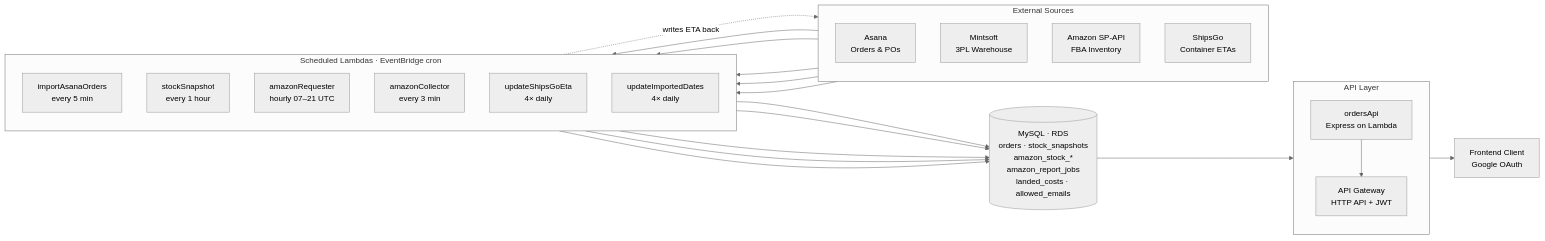
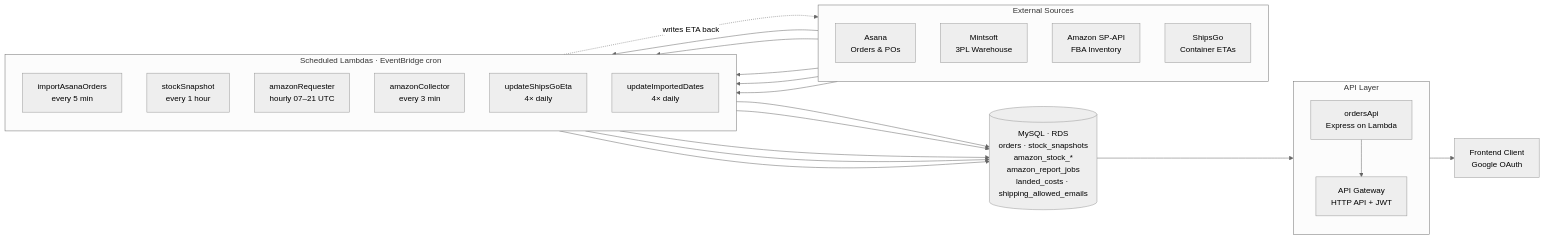
Before and after one commit to Built-form/shipping: the first of 4 diagrams in README.md, drawn with Mermaid (neutral theme). The commit also changed other lines of this file and 22 other files, not shown here.

````diff
--- a/README.md
+++ b/README.md
@@ -17,45 +17,45 @@
 ```mermaid
 flowchart LR
     subgraph sources["External Sources"]
         direction TB
         Asana[Asana<br/>Orders &amp; POs]
         Mint[Mintsoft<br/>3PL Warehouse]
         SPAPI[Amazon SP-API<br/>FBA Inventory]
         Ships[ShipsGo<br/>Container ETAs]
     end
 
     subgraph lambdas["Scheduled Lambdas · EventBridge cron"]
         direction TB
         L1[importAsanaOrders<br/>every 5 min]
         L2[stockSnapshot<br/>every 1 hour]
         L3[amazonRequester<br/>hourly 07–21 UTC]
         L4[amazonCollector<br/>every 3 min]
         L5[updateShipsGoEta<br/>4× daily]
         L6[updateImportedDates<br/>4× daily]
     end
 
-    DB[("MySQL · RDS<br/>orders · stock_snapshots<br/>amazon_stock_*<br/>amazon_report_jobs<br/>landed_costs · allowed_emails")]
+    DB[("MySQL · RDS<br/>orders · stock_snapshots<br/>amazon_stock_*<br/>amazon_report_jobs<br/>landed_costs · shipping_allowed_emails")]
 
     subgraph api["API Layer"]
         direction TB
         Express[ordersApi<br/>Express on Lambda]
         Gateway[API Gateway<br/>HTTP API + JWT]
     end
 
     Client[Frontend Client<br/>Google OAuth]
 
     Asana --> L1
     Mint  --> L2
     SPAPI --> L3
     SPAPI --> L4
     Ships --> L5
     L5 -. writes ETA back .-> Asana
 
     L1 --> DB
     L2 --> DB
     L3 --> DB
     L4 --> DB
     L6 --> DB
 
     DB --> Express --> Gateway --> Client
 ```
````
